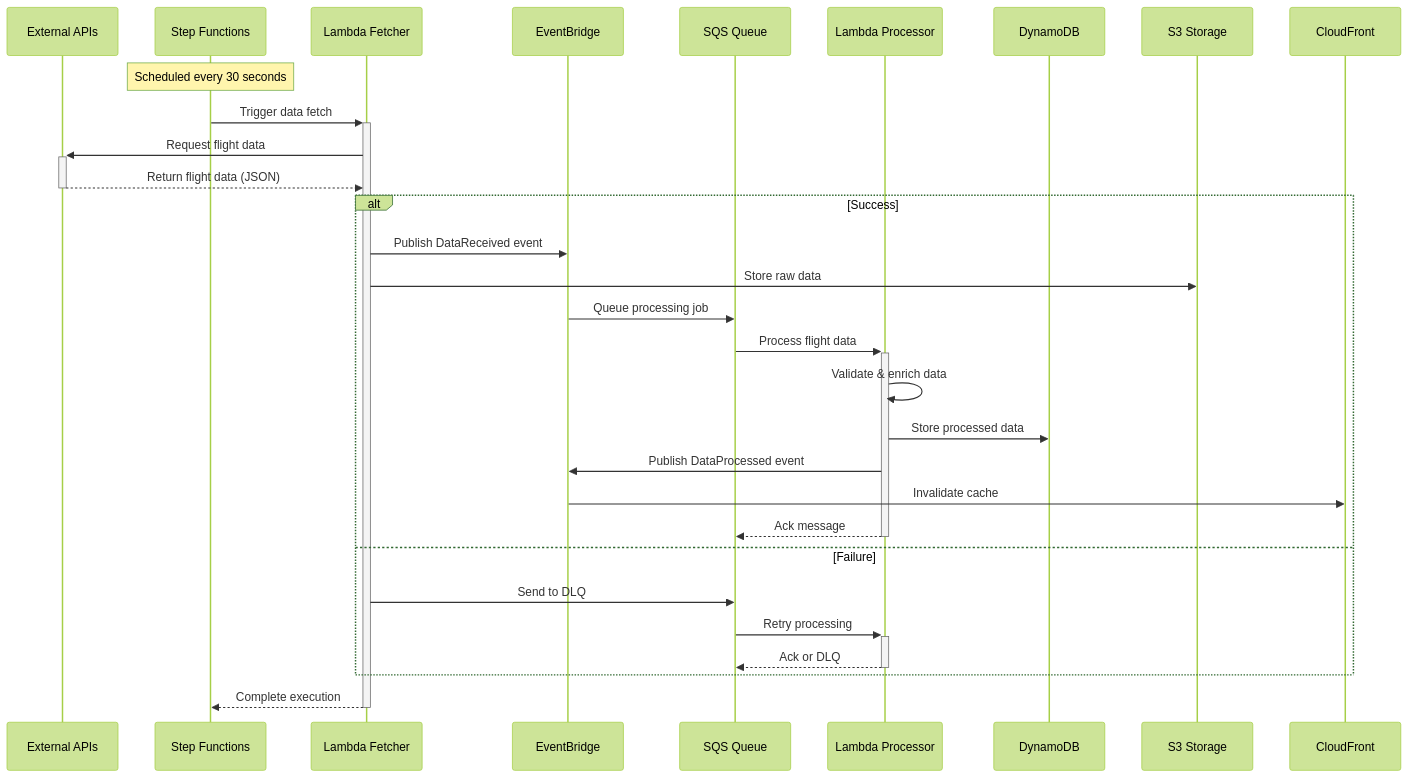
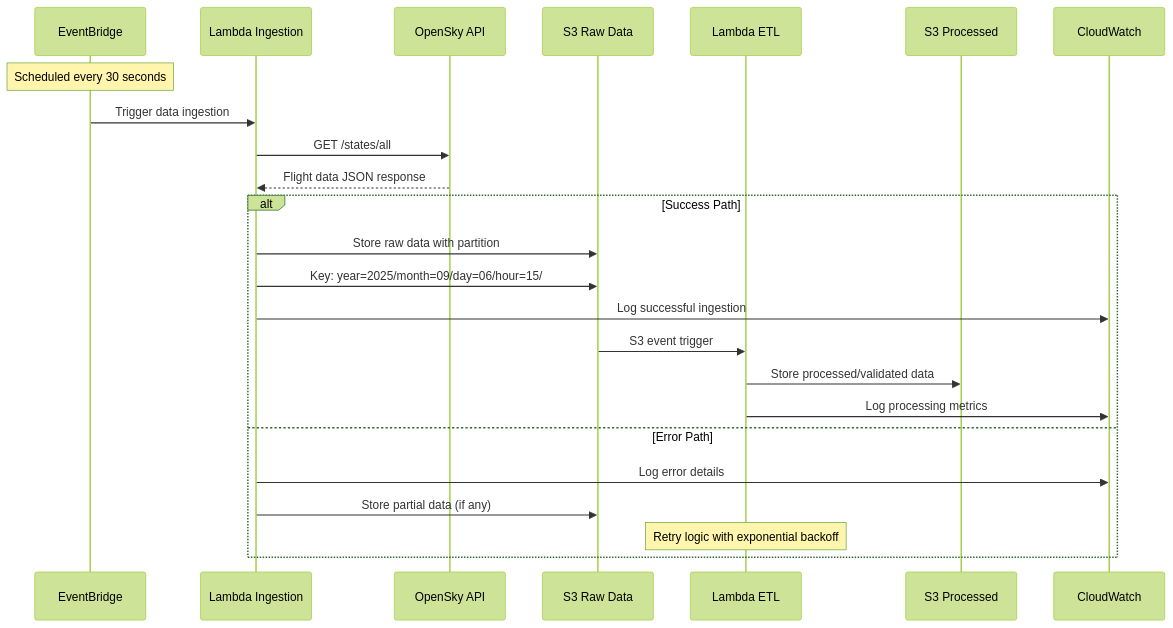
One commit to cd3331/aws-flight-data-pipeline changed the second of 2 diagrams in README.md. Above: the diagram before and after it, drawn with Mermaid (forest theme). The commit also changed other lines of this file and 13 other files, not shown here.

````diff
--- a/README.md
+++ b/README.md
@@ -157,35 +126,28 @@
 ```mermaid
 sequenceDiagram
-    participant EXT as External APIs
-    participant SF as Step Functions
-    participant LF as Lambda Fetcher
     participant EB as EventBridge
-    participant SQS as SQS Queue
-    participant LP as Lambda Processor
-    participant DDB as DynamoDB
-    participant S3 as S3 Storage
-    participant CDN as CloudFront
+    participant LI as Lambda Ingestion
+    participant API as OpenSky API
+    participant S3R as S3 Raw Data
+    participant LE as Lambda ETL
+    participant S3P as S3 Processed
+    participant CW as CloudWatch
     
-    Note over SF: Scheduled every 30 seconds
-    SF->>+LF: Trigger data fetch
-    LF->>+EXT: Request flight data
-    EXT-->>-LF: Return flight data (JSON)
+    Note over EB: Scheduled every 30 seconds
+    EB->>LI: Trigger data ingestion
+    LI->>API: GET /states/all
+    API-->>LI: Flight data JSON response
     
-    alt Success
-        LF->>EB: Publish DataReceived event
-        LF->>S3: Store raw data
-        EB->>SQS: Queue processing job
-        SQS->>+LP: Process flight data
-        LP->>LP: Validate & enrich data
-        LP->>DDB: Store processed data
-        LP->>EB: Publish DataProcessed event
-        EB->>CDN: Invalidate cache
-        LP-->>-SQS: Ack message
-    else Failure
-        LF->>SQS: Send to DLQ
-        SQS->>+LP: Retry processing
-        LP-->>-SQS: Ack or DLQ
+    alt Success Path
+        LI->>S3R: Store raw data with partition
+        LI->>S3R: Key: year=2025/month=09/day=06/hour=15/
+        LI->>CW: Log successful ingestion
+        S3R->>LE: S3 event trigger
+        LE->>S3P: Store processed/validated data
+        LE->>CW: Log processing metrics
+    else Error Path
+        LI->>CW: Log error details
+        LI->>S3R: Store partial data (if any)
+        Note over LE: Retry logic with exponential backoff
     end
-    
-    LF-->>-SF: Complete execution
 ```
````
